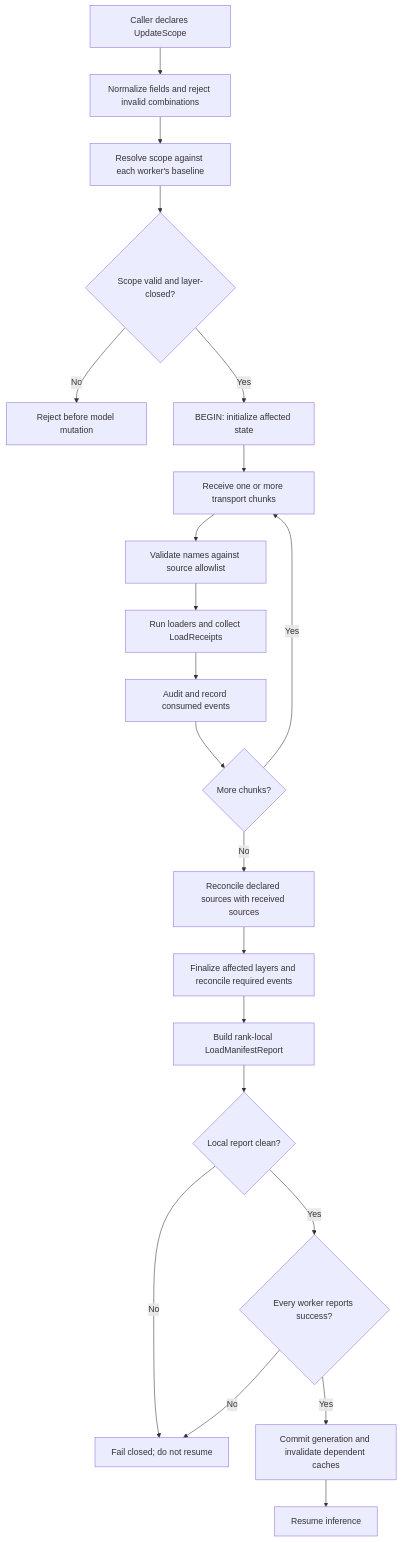
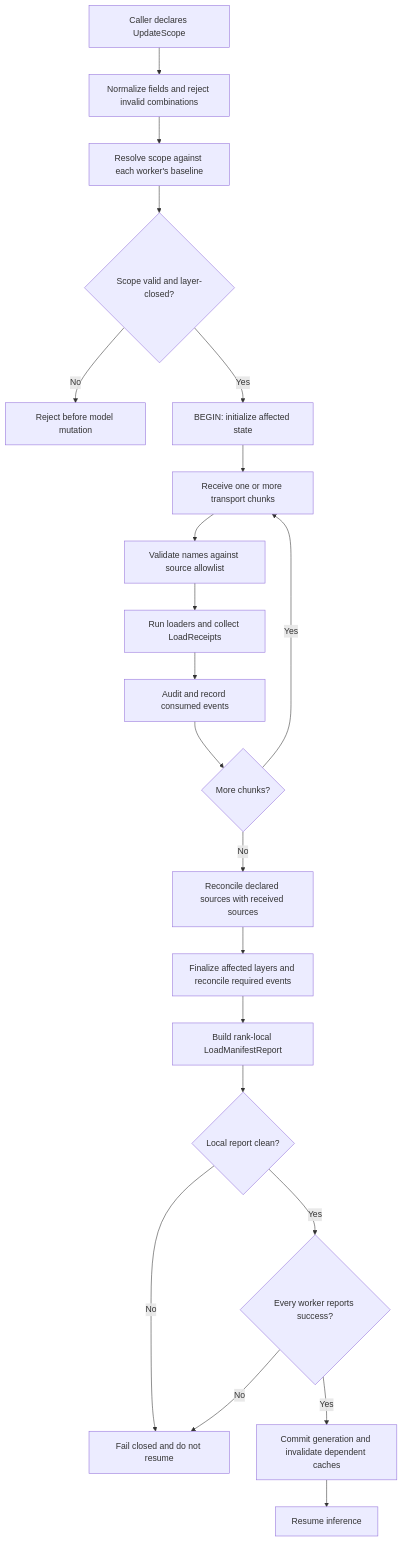
One commit to vllm-project/vllm changed the third of 8 diagrams in docs/design/UPDATE_SCOPE.md. Above: the diagram before and after it, drawn with Mermaid. The commit also changed other lines of this file, not shown here.

Commit message:
[Docs] Fix update scope Mermaid rendering

````diff
--- a/docs/design/UPDATE_SCOPE.md
+++ b/docs/design/UPDATE_SCOPE.md
@@ -163,23 +163,23 @@
 ```mermaid
 flowchart TD
     A[Caller declares UpdateScope] --> B[Normalize fields and reject invalid combinations]
     B --> C[Resolve scope against each worker's baseline]
     C --> D{Scope valid and layer-closed?}
     D -- No --> X[Reject before model mutation]
     D -- Yes --> E[BEGIN: initialize affected state]
     E --> F[Receive one or more transport chunks]
     F --> G[Validate names against source allowlist]
     G --> H[Run loaders and collect LoadReceipts]
     H --> I[Audit and record consumed events]
     I --> J{More chunks?}
     J -- Yes --> F
     J -- No --> K[Reconcile declared sources with received sources]
     K --> L[Finalize affected layers and reconcile required events]
     L --> M[Build rank-local LoadManifestReport]
     M --> N{Local report clean?}
-    N -- No --> Y[Fail closed; do not resume]
+    N -- No --> Y[Fail closed and do not resume]
     N -- Yes --> O{Every worker reports success?}
     O -- No --> Y
     O -- Yes --> P[Commit generation and invalidate dependent caches]
     P --> Q[Resume inference]
 ```
````
